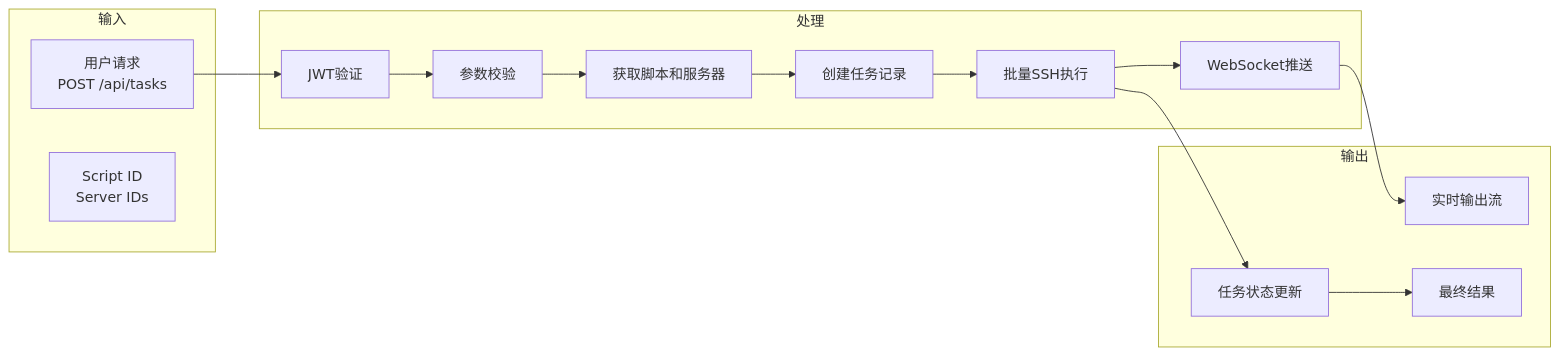
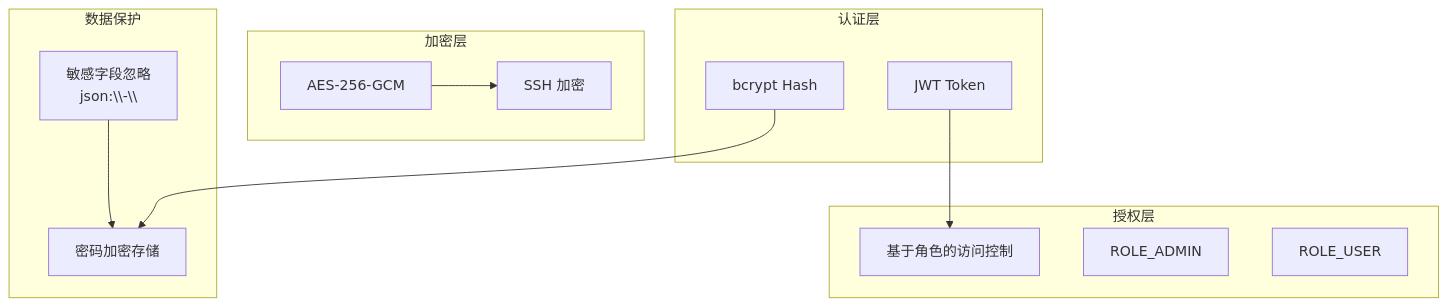
Before and after one commit to gcggcg/node-pilot: the eighth of 8 diagrams in docs/modules/node-pilot.md, drawn with Mermaid. The commit also changed other lines of this file and 35 other files, not shown here.

````diff
--- a/docs/modules/node-pilot.md
+++ b/docs/modules/node-pilot.md
@@ -711,28 +529,28 @@
 ```mermaid
-flowchart LR
-    subgraph Input["输入"]
-        A["用户请求<br/>POST /api/tasks"]
-        B["Script ID<br/>Server IDs"]
+flowchart TB
+    subgraph Authentication["认证层"]
+        JWT["JWT Token"]
+        bcrypt["bcrypt Hash"]
     end
 
-    subgraph Process["处理"]
-        C["JWT验证"]
-        D["参数校验"]
-        E["获取脚本和服务器"]
-        F["创建任务记录"]
-        G["批量SSH执行"]
-        H["WebSocket推送"]
+    subgraph Authorization["授权层"]
+        RBAC["基于角色的访问控制"]
+        Admin["ROLE_ADMIN"]
+        User["ROLE_USER"]
     end
 
-    subgraph Output["输出"]
-        I["实时输出流"]
-        J["任务状态更新"]
-        K["最终结果"]
+    subgraph Encryption["加密层"]
+        AES256["AES-256-GCM"]
+        SSH["SSH 加密"]
     end
 
-    A --> C --> D --> E --> F --> G
-    G --> H
-    H --> I
-    G --> J
-    J --> K
+    subgraph Data_Protection["数据保护"]
+        Sensitive["敏感字段忽略<br/>json:\\"-\\""]
+        Password["密码加密存储"]
+    end
+
+    JWT --> RBAC
+    bcrypt --> Password
+    AES256 --> SSH
+    Sensitive --> Password
 ```
````
